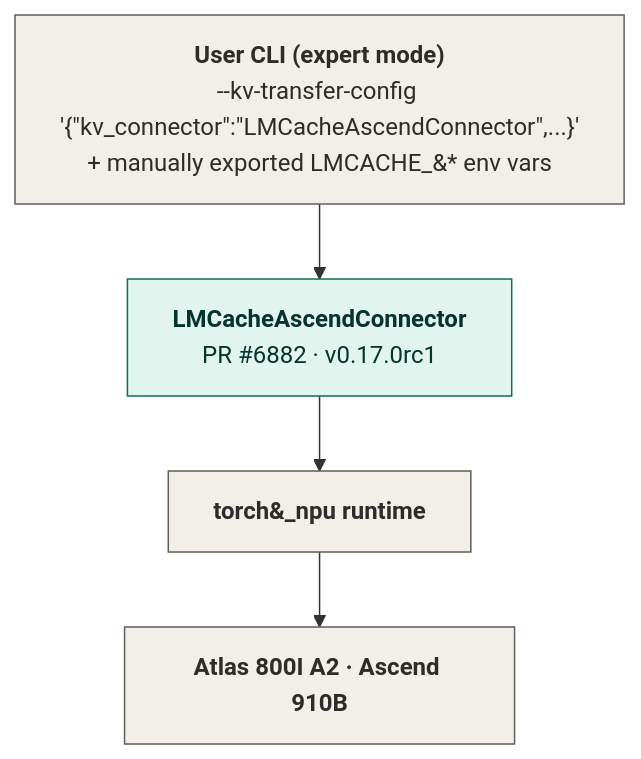
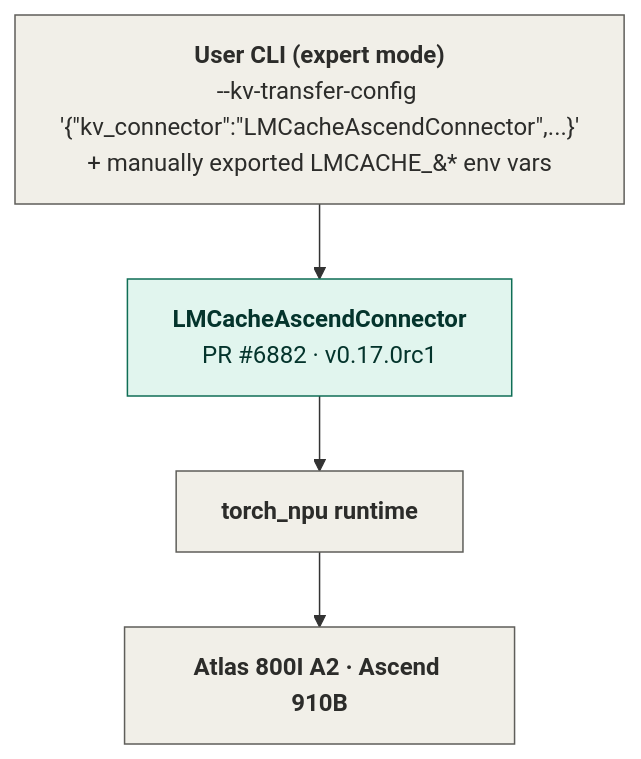
The third of 9 diagrams in RFC_kv_offloading_backend.md (SammLSH/vllm-ascend), drawn with Mermaid before and after one commit. The commit also changed other lines of this file, not shown here.

First line of the commit message:
docs: replace HTML entity underscores with literal underscores in mermaid labels

````diff
--- a/RFC_kv_offloading_backend.md
+++ b/RFC_kv_offloading_backend.md
@@ -107,15 +107,15 @@
 ```mermaid
 flowchart TD
     CLI2["<b>User CLI (expert mode)</b><br/>--kv-transfer-config '{&quot;kv_connector&quot;:&quot;LMCacheAscendConnector&quot;,...}'<br/>+ manually exported LMCACHE_&#42; env vars"]
     LMA["<b>LMCacheAscendConnector</b><br/>PR #6882 · v0.17.0rc1"]
-    TNPU["<b>torch&#95;npu runtime</b>"]
+    TNPU["<b>torch_npu runtime</b>"]
     HW["<b>Atlas 800I A2 · Ascend 910B</b>"]
 
     CLI2 --> LMA --> TNPU --> HW
 
     classDef external fill:#F1EFE8,stroke:#5F5E5A,stroke-width:1px,color:#2C2C2A
     classDef existing fill:#E1F5EE,stroke:#0F6E56,stroke-width:1px,color:#04342C
 
     class CLI2,TNPU,HW external
     class LMA existing
 ```
````
